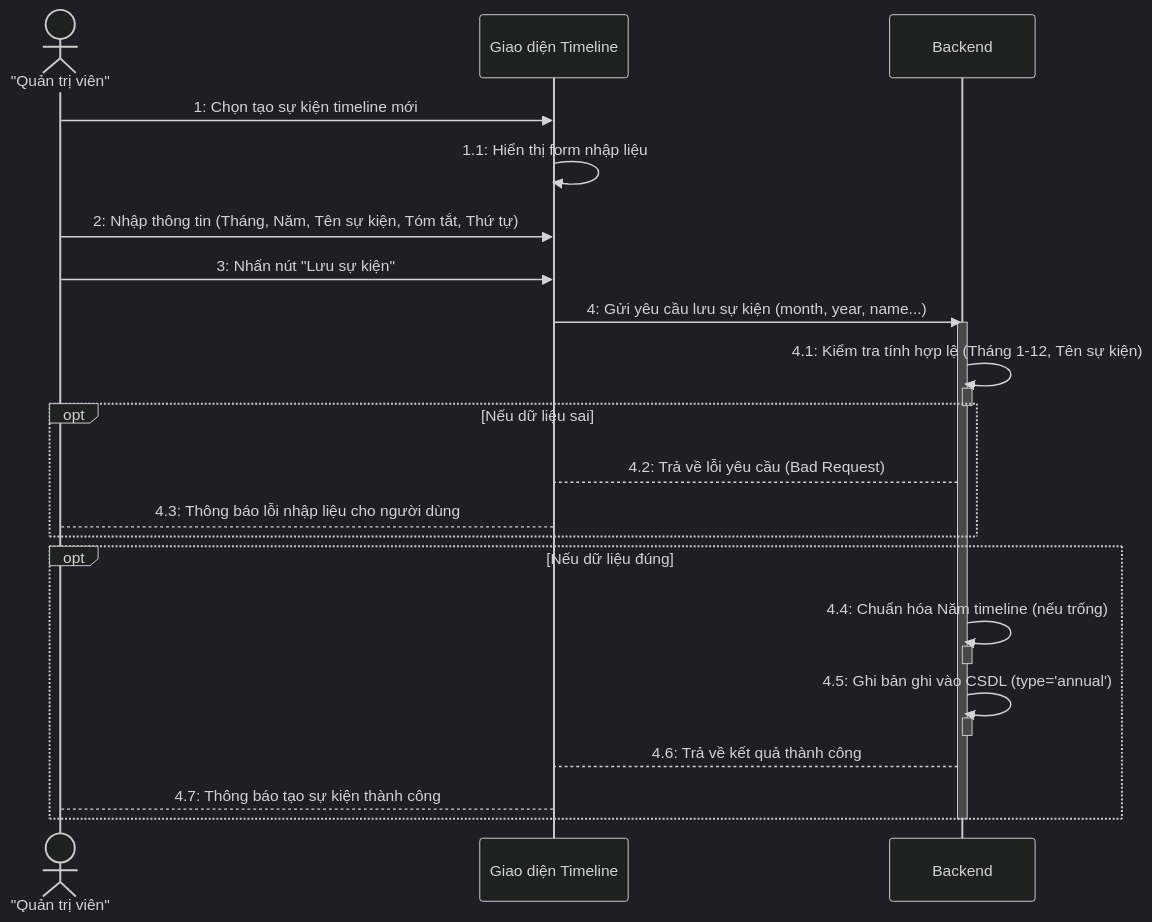
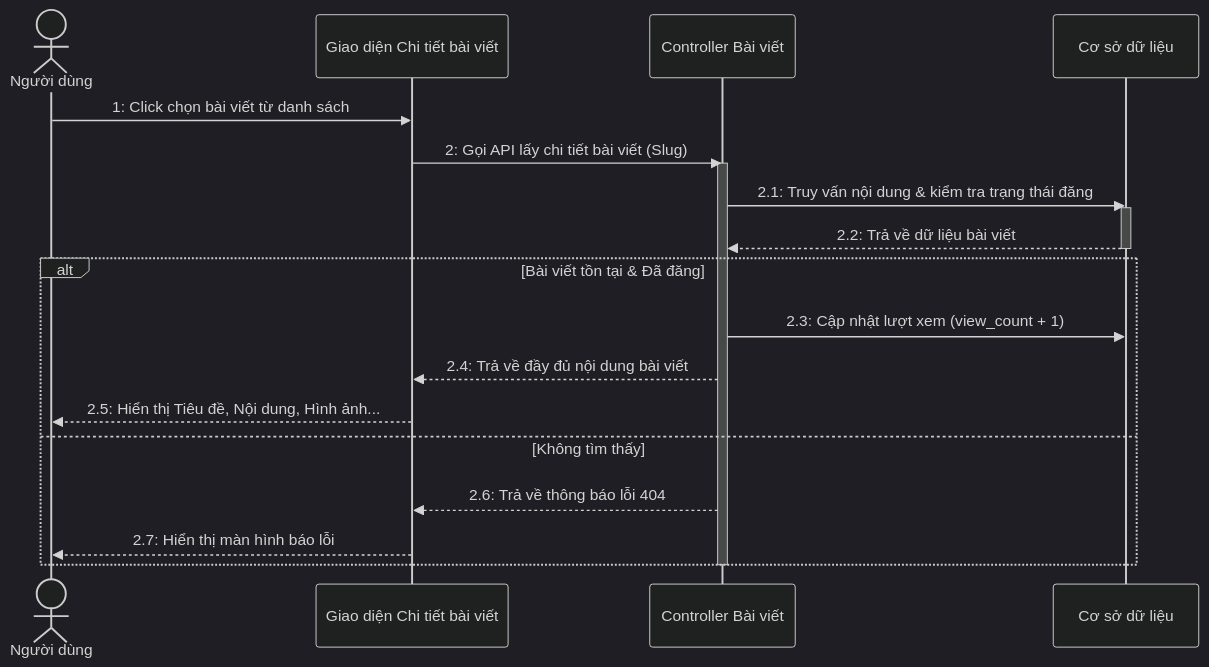
One commit to Trangkmt/lcd-website changed diagram 11 of 12 in docs/Sequence_Diagrams.md. Above: the diagram before and after it, drawn with Mermaid (dark theme). The commit also changed other lines of this file and 47 other files, not shown here.

````diff
--- a/docs/Sequence_Diagrams.md
+++ b/docs/Sequence_Diagrams.md
@@ -395,38 +372,25 @@
 ```mermaid
 sequenceDiagram
-    actor A as "Quản trị viên"
-    participant B as Giao diện Timeline
-    participant BE as Backend
+    actor U as Người dùng
+    participant G as Giao diện Chi tiết bài viết
+    participant C as Controller Bài viết
+    participant D as Cơ sở dữ liệu
     
-    A->>B: 1: Chọn tạo sự kiện timeline mới
-    B->>B: 1.1: Hiển thị form nhập liệu
+    U->>G: 1: Click chọn bài viết từ danh sách
+    G->>C: 2: Gọi API lấy chi tiết bài viết (Slug)
+    activate C
+    C->>D: 2.1: Truy vấn nội dung & kiểm tra trạng thái đăng
+    activate D
+    D-->>C: 2.2: Trả về dữ liệu bài viết
+    deactivate D
     
-    A->>B: 2: Nhập thông tin (Tháng, Năm, Tên sự kiện, Tóm tắt, Thứ tự)
-    A->>B: 3: Nhấn nút "Lưu sự kiện"
-    
-    B->>BE: 4: Gửi yêu cầu lưu sự kiện (month, year, name...)
-    activate BE
-    
-    BE->>BE: 4.1: Kiểm tra tính hợp lệ (Tháng 1-12, Tên sự kiện)
-    activate BE
-    deactivate BE
-    
-    opt Nếu dữ liệu sai
-        BE-->B: 4.2: Trả về lỗi yêu cầu (Bad Request)
-        B-->A: 4.3: Thông báo lỗi nhập liệu cho người dùng
+    alt Bài viết tồn tại & Đã đăng
+        C->>D: 2.3: Cập nhật lượt xem (view_count + 1)
+        C-->>G: 2.4: Trả về đầy đủ nội dung bài viết
+        G-->>U: 2.5: Hiển thị Tiêu đề, Nội dung, Hình ảnh...
+    else Không tìm thấy
+        C-->>G: 2.6: Trả về thông báo lỗi 404
+        G-->>U: 2.7: Hiển thị màn hình báo lỗi
     end
-    
-    opt Nếu dữ liệu đúng
-        BE->>BE: 4.4: Chuẩn hóa Năm timeline (nếu trống)
-        activate BE
-        deactivate BE
-        
-        BE->>BE: 4.5: Ghi bản ghi vào CSDL (type='annual')
-        activate BE
-        deactivate BE
-        
-        BE-->B: 4.6: Trả về kết quả thành công
-        B-->A: 4.7: Thông báo tạo sự kiện thành công
-    end
-    deactivate BE
+    deactivate C
 ```
````
